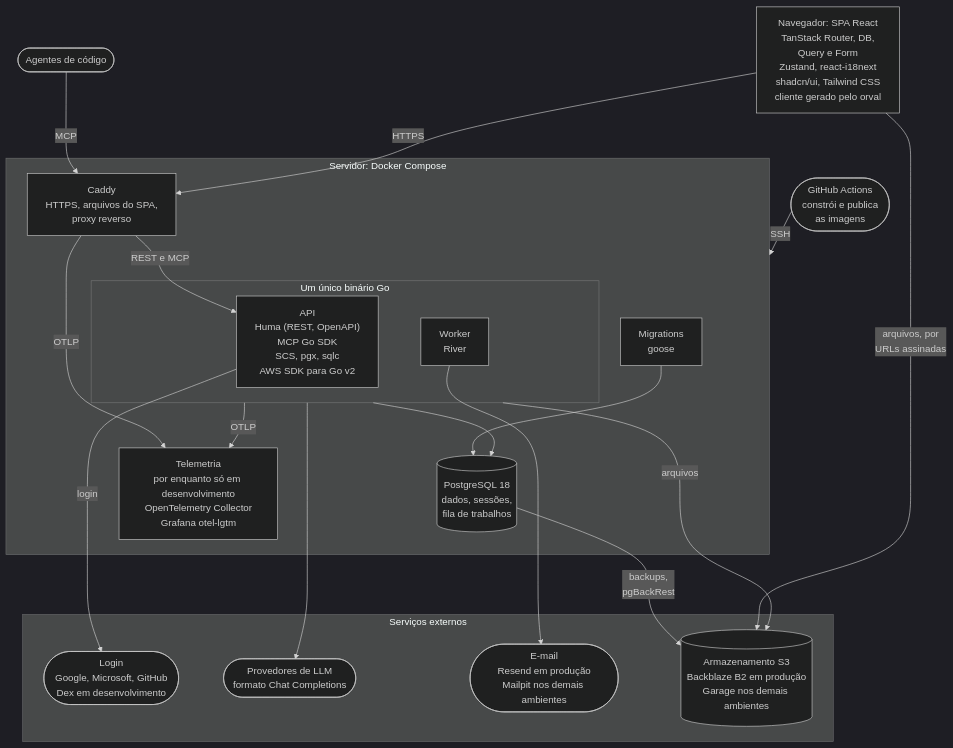
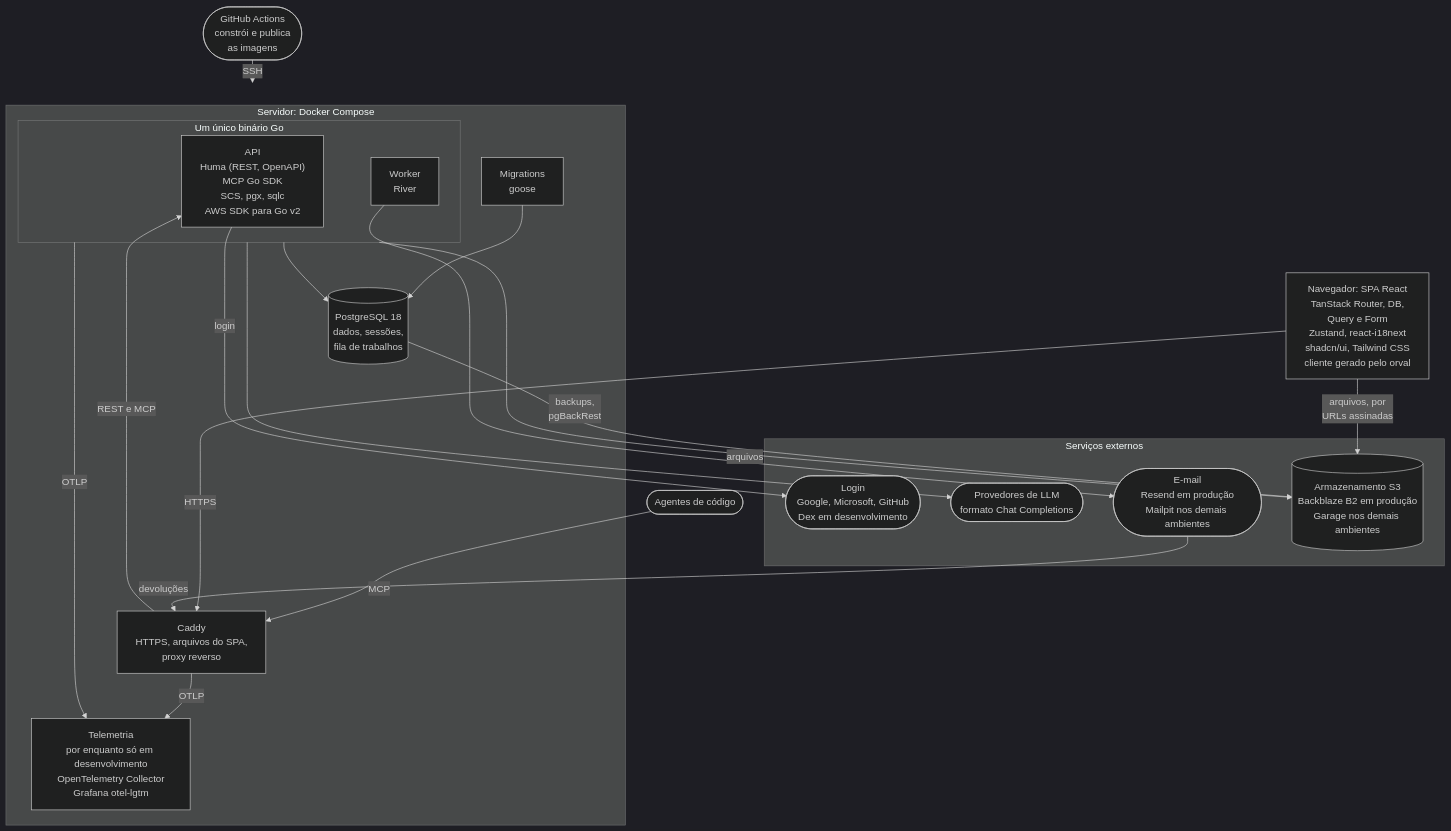
Before and after one commit to dannilodms/forgespark: the second of 2 diagrams in README.pt-BR.md, drawn with Mermaid (dark theme). The commit also changed other lines of this file and 329 other files, not shown here.

````diff
--- a/README.pt-BR.md
+++ b/README.pt-BR.md
@@ -107,41 +107,42 @@
 ```mermaid
 flowchart TB
     actions(["GitHub Actions<br/>constrói e publica<br/>as imagens"])
     agents(["Agentes de código"])
     spa["Navegador: SPA React<br/>TanStack Router, DB,<br/>Query e Form<br/>Zustand, react-i18next<br/>shadcn/ui, Tailwind CSS<br/>cliente gerado pelo orval"]
 
     subgraph server ["Servidor: Docker Compose"]
         caddy["Caddy<br/>HTTPS, arquivos do SPA,<br/>proxy reverso"]
         subgraph binary ["Um único binário Go"]
             api["API<br/>Huma (REST, OpenAPI)<br/>MCP Go SDK<br/>SCS, pgx, sqlc<br/>AWS SDK para Go v2"]
             worker["Worker<br/>River"]
         end
         migrate["Migrations<br/>goose"]
         db[("PostgreSQL 18<br/>dados, sessões,<br/>fila de trabalhos")]
         telemetry["Telemetria<br/>por enquanto só em desenvolvimento<br/>OpenTelemetry Collector<br/>Grafana otel-lgtm"]
     end
 
     subgraph outside ["Serviços externos"]
         idp(["Login<br/>Google, Microsoft, GitHub<br/>Dex em desenvolvimento"])
         llm(["Provedores de LLM<br/>formato Chat Completions"])
         mail(["E-mail<br/>Resend em produção<br/>Mailpit nos demais ambientes"])
         storage[("Armazenamento S3<br/>Backblaze B2 em produção<br/>Garage nos demais ambientes")]
     end
 
     actions -->|"SSH"| server
     agents -->|"MCP"| caddy
     spa -->|"HTTPS"| caddy
     caddy -->|"REST e MCP"| api
     binary --> db
     migrate --> db
     binary & caddy -->|"OTLP"| telemetry
     api -->|"login"| idp
     binary --> llm
     worker --> mail
+    mail -->|"devoluções"| caddy
     binary -->|"arquivos"| storage
     db -->|"backups,<br/>pgBackRest"| storage
     spa -->|"arquivos, por<br/>URLs assinadas"| storage
     db ~~~ idp
     db ~~~ llm
     db ~~~ mail
 ```
````
